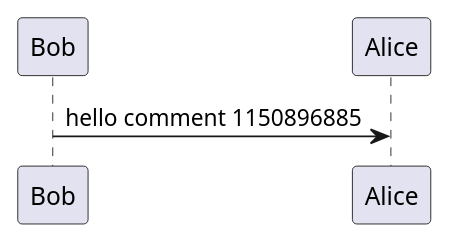
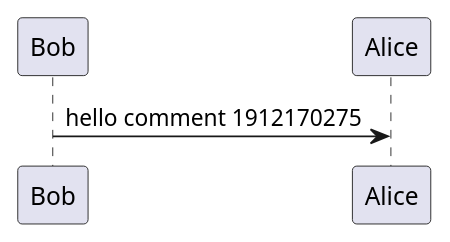
The diagram in examples/sequence.puml (holowinski/plantuml-github-action), drawn with PlantUML before and after one commit. The commit also changed 1 other file, not shown here.

Commit message:
Regenerated example diagram - new comment received

```diff
--- a/examples/sequence.puml
+++ b/examples/sequence.puml
@@ -1,3 +1,3 @@
 @startuml
-Bob->Alice : hello comment 1150896885
+Bob->Alice : hello comment 1912170275
 @enduml
```
